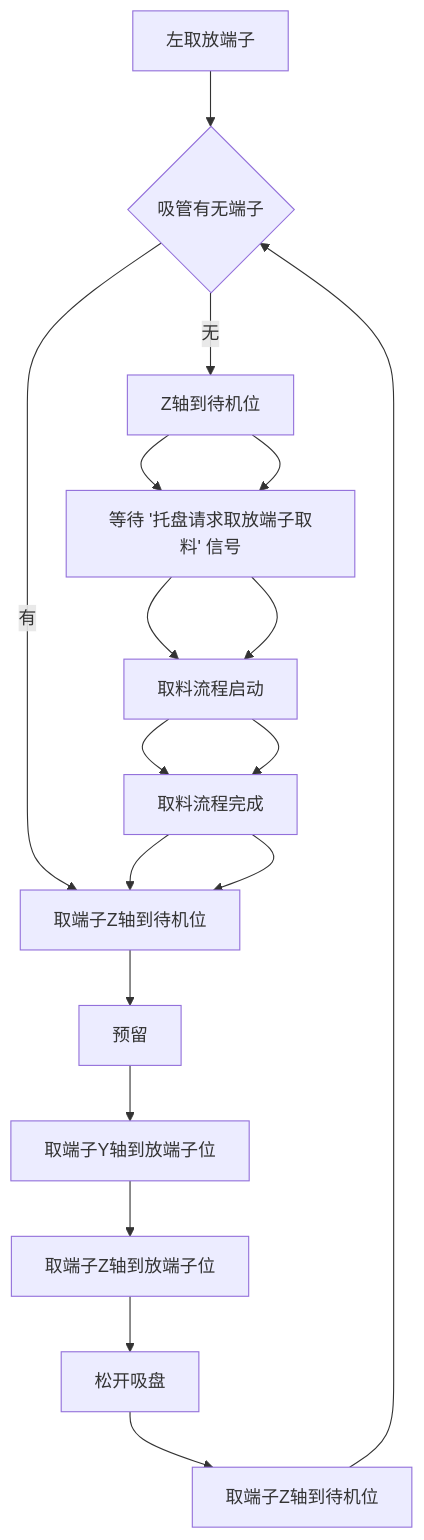
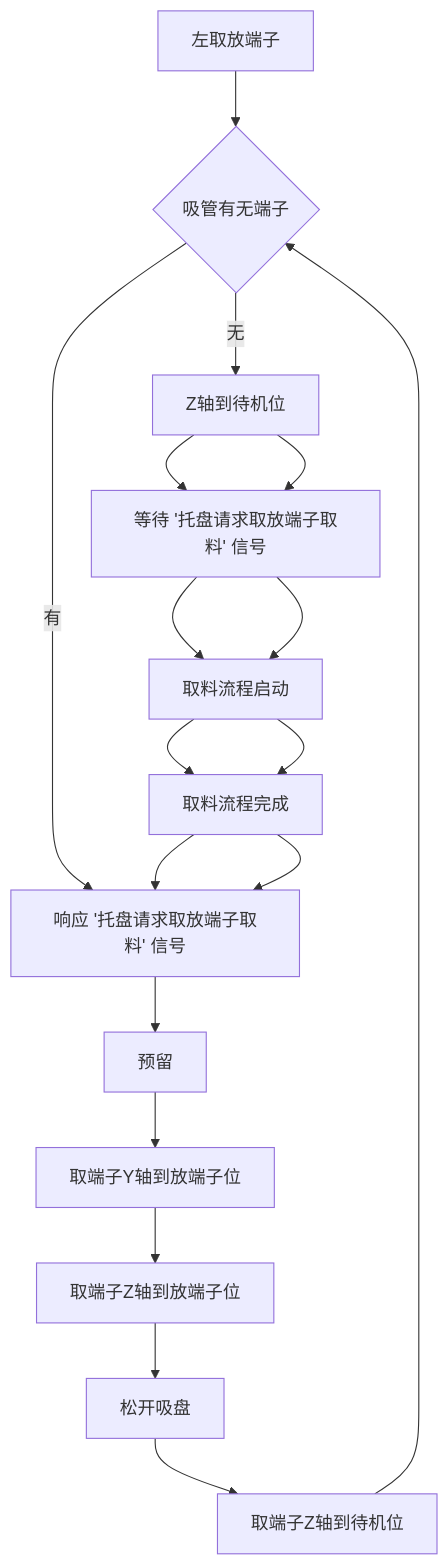
Before and after one commit to zmq000/iodraw-files: the diagram in all/VR-OP90左取放端子.md, drawn with Mermaid.

Commit message:
2026-06-18 11:29:42 update

````diff
--- a/all/VR-OP90左取放端子.md
+++ b/all/VR-OP90左取放端子.md
@@ -1,22 +1,22 @@
 ```mermaid
 graph TD
 0[左取放端子]-->10
 10{吸管有无端子}-->|有|60
 10-->|无|20
 20[取端子Y轴到取端子位]-->30
 30[托盘X轴到取端子位]-->40
 40[取端子Z轴到取端子位]-->50
 50[启动吸盘]-->60
 60[取端子Z轴到待机位]-->70
 70[预留]-->80
 80[取端子Y轴到放端子位]-->90
 90[取端子Z轴到放端子位]-->100
 100[松开吸盘]-->110
 110[取端子Z轴到待机位]-->10
 
 20[Z轴到待机位]-->30
 30[等待 '托盘请求取放端子取料' 信号] -->40
 40[取料流程启动]-->50
 50[取料流程完成]-->60
-60
+60[响应 '托盘请求取放端子取料' 信号]
 ```
````
